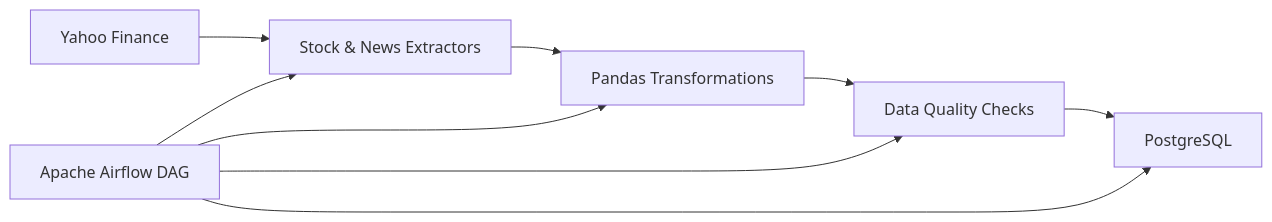
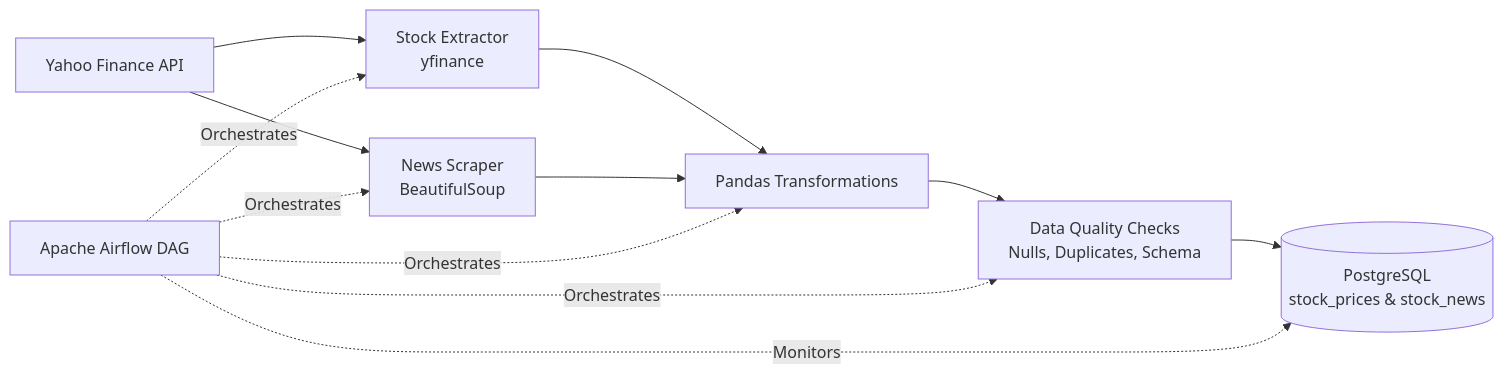
Before and after one commit to surajkumar00a2/personal-portfolio-projects: the diagram in stock_news_pipeline/README.md, drawn with Mermaid. The commit also changed other lines of this file, not shown here.

````diff
--- a/stock_news_pipeline/README.md
+++ b/stock_news_pipeline/README.md
@@ -11,11 +37,14 @@
 ```mermaid
 flowchart LR
-    A[Yahoo Finance] --> B[Stock & News Extractors]
-    B --> C[Pandas Transformations]
-    C --> D[Data Quality Checks]
-    D --> E[PostgreSQL]
-    F[Apache Airflow DAG] --> B
-    F --> C
-    F --> D
-    F --> E
+    A[Yahoo Finance API] --> B[Stock Extractor<br/>yfinance]
+    A --> C[News Scraper<br/>BeautifulSoup]
+    B --> D[Pandas Transformations]
+    C --> D
+    D --> E[Data Quality Checks<br/>Nulls, Duplicates, Schema]
+    E --> F[(PostgreSQL<br/>stock_prices & stock_news)]
+    G[Apache Airflow DAG] -.->|Orchestrates| B
+    G -.->|Orchestrates| C
+    G -.->|Orchestrates| D
+    G -.->|Orchestrates| E
+    G -.->|Monitors| F
 ```
````
